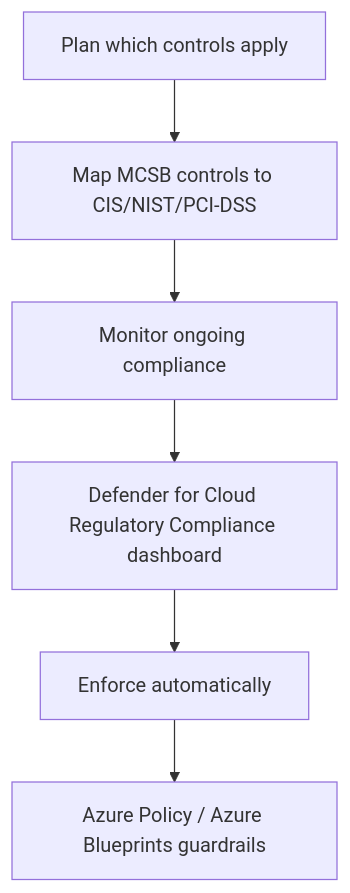
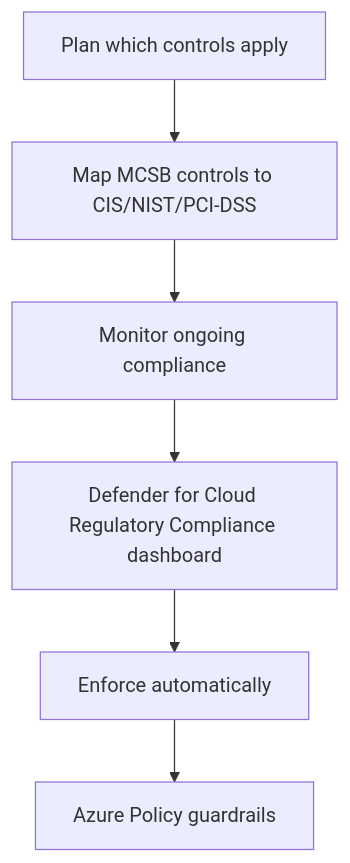
One commit to DhruvKai/SC-100 changed the second of 2 diagrams in 01 Security Strategy/Microsoft Cloud Security Benchmark (MCSB).md. Above: the diagram before and after it, drawn with Mermaid. The commit also changed other lines of this file and 22 other files, not shown here.

First line of the commit message:
Fill gaps around Defender for Identity, Azure Blueprints/Policy, PIM, eDiscovery, and Entra roles

````diff
--- a/01 Security Strategy/Microsoft Cloud Security Benchmark (MCSB).md
+++ b/01 Security Strategy/Microsoft Cloud Security Benchmark (MCSB).md
@@ -66,8 +66,8 @@
 ```mermaid
 flowchart TD
     Q1["Plan which controls apply"] --> Plan["Map MCSB controls to CIS/NIST/PCI-DSS"]
     Plan --> Q2["Monitor ongoing compliance"]
     Q2 --> Monitor["Defender for Cloud Regulatory Compliance dashboard"]
     Monitor --> Q3["Enforce automatically"]
-    Q3 --> Enforce["Azure Policy / Azure Blueprints guardrails"]
+    Q3 --> Enforce["Azure Policy guardrails"]
 ```
````
